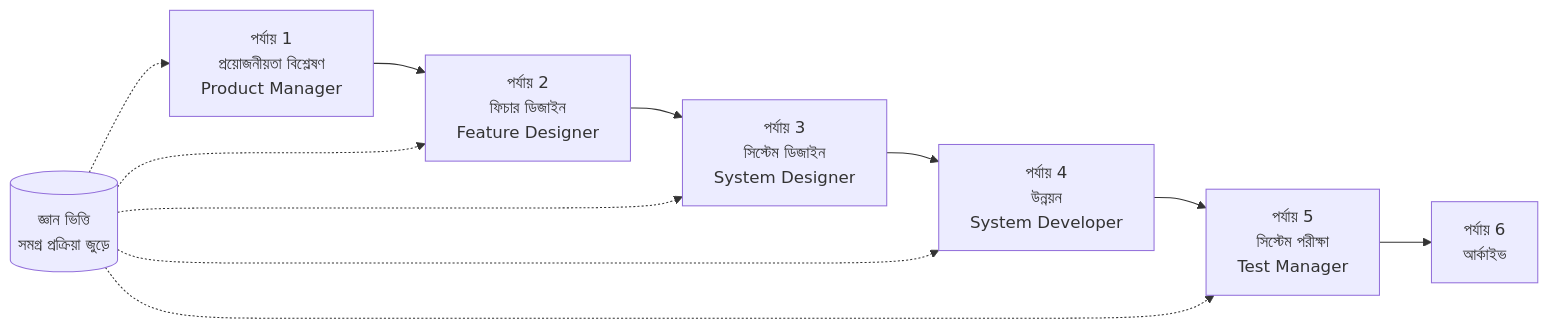
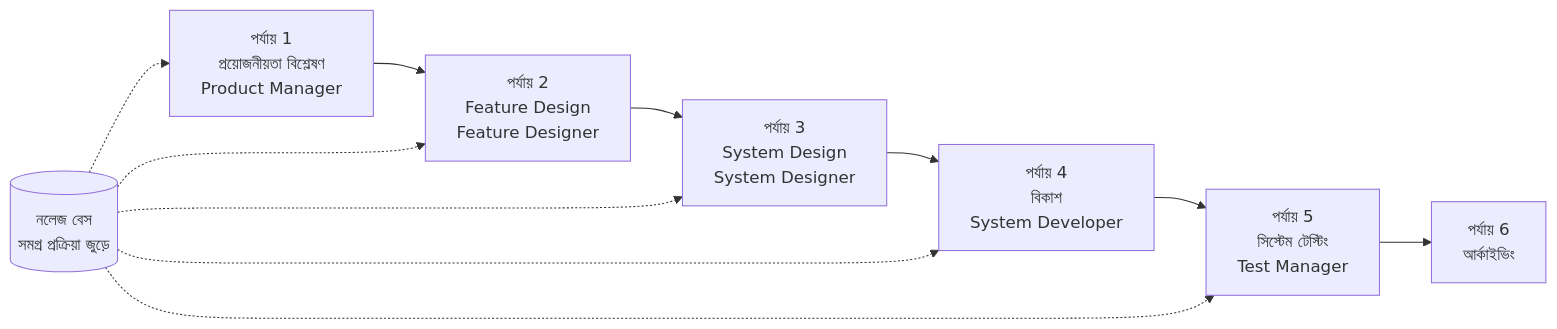
One commit to charlesmu99/speccrew changed the diagram in docs/GETTING-STARTED.bn.md. Above: the diagram before and after it, drawn with Mermaid. The commit also changed other lines of this file and 32 other files, not shown here.

Commit message:
feat(system-developer): optimize Agent definition and split desktop/review Skills

````diff
--- a/docs/GETTING-STARTED.bn.md
+++ b/docs/GETTING-STARTED.bn.md
@@ -70,14 +144,14 @@
 ```mermaid
 flowchart LR
-    PRD[পর্যায় 1<br/>প্রয়োজনীয়তা বিশ্লেষণ<br/>Product Manager] --> FD[পর্যায় 2<br/>ফিচার ডিজাইন<br/>Feature Designer]
-    FD --> SD[পর্যায় 3<br/>সিস্টেম ডিজাইন<br/>System Designer]
-    SD --> DEV[পর্যায় 4<br/>উন্নয়ন<br/>System Developer]
-    DEV --> TEST[পর্যায় 5<br/>সিস্টেম পরীক্ষা<br/>Test Manager]
-    TEST --> ARCHIVE[পর্যায় 6<br/>আর্কাইভ]
+    PRD[পর্যায় 1<br/>প্রয়োজনীয়তা বিশ্লেষণ<br/>Product Manager] --> FD[পর্যায় 2<br/>Feature Design<br/>Feature Designer]
+    FD --> SD[পর্যায় 3<br/>System Design<br/>System Designer]
+    SD --> DEV[পর্যায় 4<br/>বিকাশ<br/>System Developer]
+    DEV --> TEST[পর্যায় 5<br/>সিস্টেম টেস্টিং<br/>Test Manager]
+    TEST --> ARCHIVE[পর্যায় 6<br/>আর্কাইভিং]
     
-    KB[(জ্ঞান ভিত্তি<br/>সমগ্র প্রক্রিয়া জুড়ে)] -.-> PRD
+    KB[(নলেজ বেস<br/>সমগ্র প্রক্রিয়া জুড়ে)] -.-> PRD
     KB -.-> FD
     KB -.-> SD
     KB -.-> DEV
     KB -.-> TEST
 ```
````
